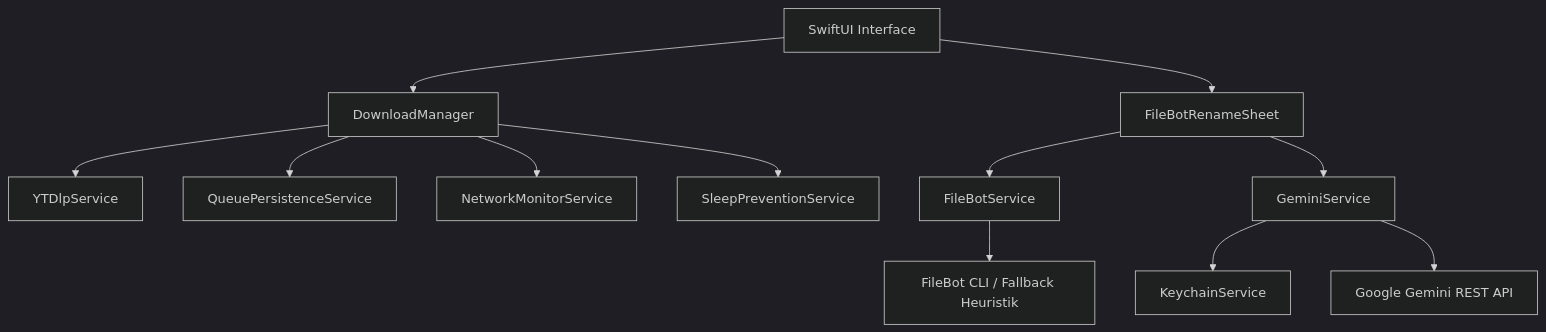
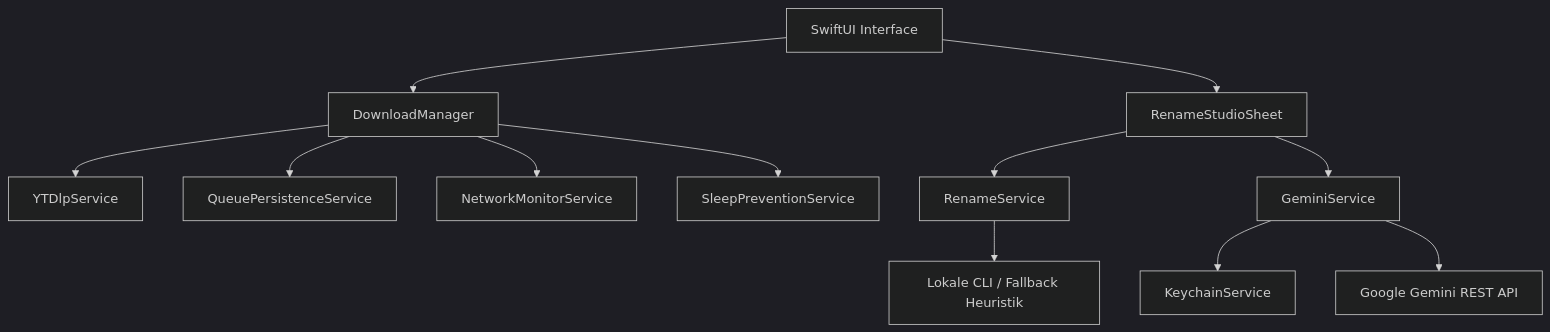
The diagram in docs/Obsidian/Mac Video Loader - Dokumentation.md (mrgoldsmitt/Mac-Video-Loader), drawn with Mermaid (dark theme) before and after one commit. The commit also changed other lines of this file and 13 other files, not shown here.

Commit message:
feat: Rename FileBot to Rename Studio & add progress bars for analysis and execution

````diff
--- a/docs/Obsidian/Mac Video Loader - Dokumentation.md
+++ b/docs/Obsidian/Mac Video Loader - Dokumentation.md
@@ -36,14 +36,14 @@
 ```mermaid
 graph TD
     UI[SwiftUI Interface] --> DM[DownloadManager]
-    UI --> RS[FileBotRenameSheet]
+    UI --> RS[RenameStudioSheet]
     DM --> YTS[YTDlpService]
     DM --> NPS[QueuePersistenceService]
     DM --> NMS[NetworkMonitorService]
     DM --> SPS[SleepPreventionService]
-    RS --> FBS[FileBotService]
+    RS --> RNS[RenameService]
     RS --> GS[GeminiService]
     GS --> KS[KeychainService]
     GS --> GAPI[Google Gemini REST API]
-    FBS --> FCLI[FileBot CLI / Fallback Heuristik]
+    RNS --> CLI[Lokale CLI / Fallback Heuristik]
 ```
````
